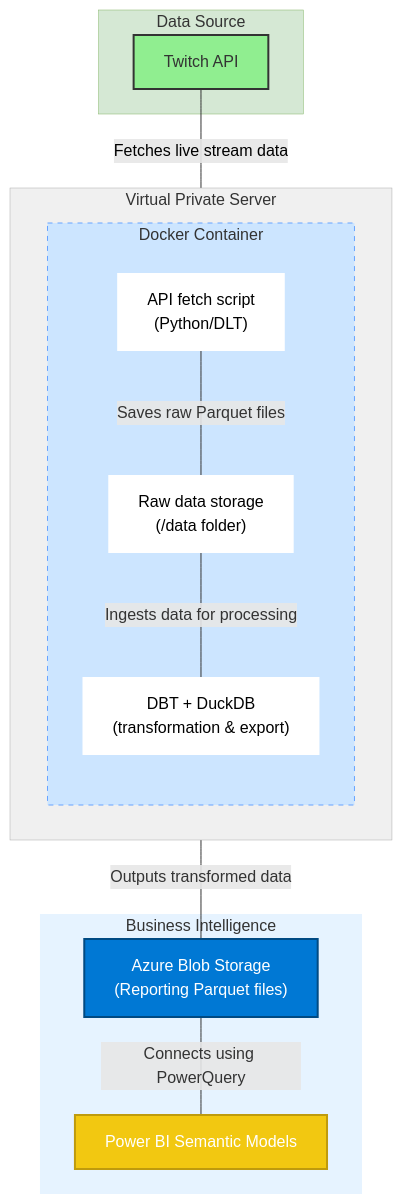
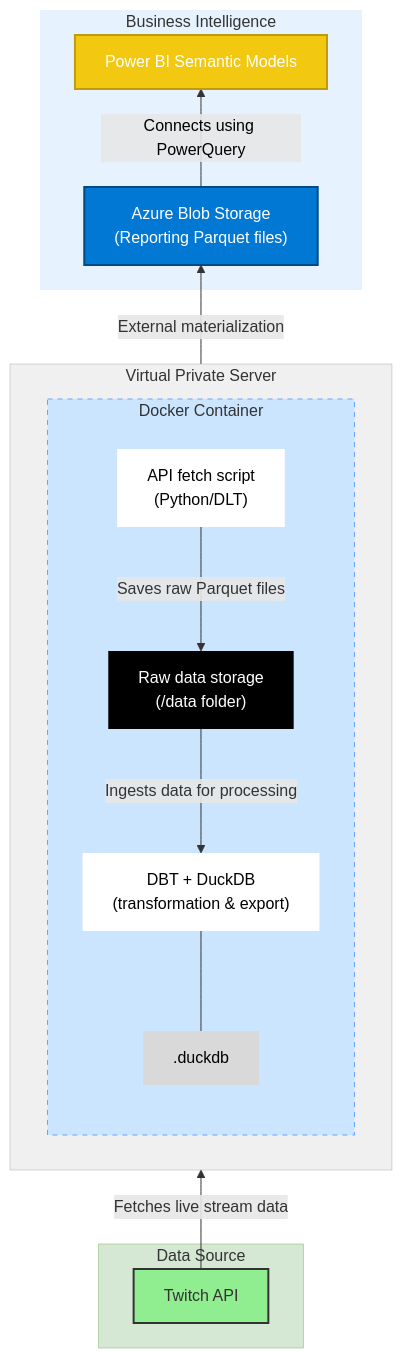
Before and after one commit to gabriellegall/twitch_bi: the second of 2 diagrams in README.md, drawn with Mermaid. The commit also changed other lines of this file, not shown here.

````diff
--- a/README.md
+++ b/README.md
@@ -65,43 +57,46 @@
 ```mermaid
-graph TD;
+graph BT;
     %% Subgraph Definitions
-    subgraph BI ["Business Intelligence"]
-        F[Power BI Semantic Models]
-        E["Azure Blob Storage<br>(Reporting Parquet files)"]
+    subgraph DS ["Data Source"]
+        A[Twitch API]
     end
 
     subgraph VPS [Virtual Private Server]
         direction LR
         subgraph DockerContainer [Docker Container]
+            n1
             direction TB
             D["DBT + DuckDB<br>(transformation & export)"]
             C["Raw data storage<br>(/data folder)"]
             B["API fetch script<br>(Python/DLT)"]
         end
     end
 
-    subgraph DS ["Data Source"]
-        A[Twitch API]
+    subgraph BI ["Business Intelligence"]
+        F[Power BI Semantic Models]
+        E["Azure Blob Storage<br>(Reporting Parquet files)"]
     end
 
-    %% Data Flow using non-directional links
-    E ---|"Connects using PowerQuery"| F
-    D -- Outputs transformed data --- E
-    C -- Ingests data for processing --- D
-    B -- Saves raw Parquet files --- C
-    A -- Fetches live stream data --- B
+    %% Data Flow
+    A -- "Fetches live stream data" --> B
+    B -- "Saves raw Parquet files" --> C
+    C -- "Ingests data for processing" --> D
+    D -- "External materialization" --> E
+    E -- "Connects using PowerQuery" --> F
 
     %% Styling for Nodes
     style A fill:#90ee90,stroke:#333,stroke-width:2px
     style E fill:#0078D4,stroke:#004A83,stroke-width:2px,color:#fff
     style F fill:#F2C811,stroke:#BF9B0D,stroke-width:2px,color:#fff
 
-	style VPS fill:#f0f0f0,stroke:#aaa,stroke-width:0.5px
-	style DS fill:#D5E8D4,stroke:#82B366,stroke-width:0.5px
-	linkStyle 4 color:#000000
-	style B fill:#FFFFFF,color:#000000,stroke:#FFFFFF,stroke-width:0px
-	style C color:#000000,stroke-width:0px,fill:#FFFFFF
-	style D color:#000000,fill:#FFFFFF,stroke-width:0px
-	style DockerContainer fill:#cce5ff,stroke:#66a3ff,stroke-width:1px,stroke-dasharray:5 5
-	style BI fill:#E6F3FF,stroke:#004A83,stroke-width:0px
+    style VPS fill:#f0f0f0,stroke:#aaa,stroke-width:0.5px
+    style DS fill:#D5E8D4,stroke:#82B366,stroke-width:0.5px
+    linkStyle 4 color:#000000
+    style B fill:#FFFFFF,color:#000000,stroke:#FFFFFF,stroke-width:0px
+    style D color:#000000,fill:#FFFFFF,stroke-width:0px
+    style DockerContainer fill:#cce5ff,stroke:#66a3ff,stroke-width:1px,stroke-dasharray:5 5
+    style BI fill:#E6F3FF,stroke:#004A83,stroke-width:0px
+    style C color:#FFFFFF,stroke-width:0px,fill:#000000
+    D --- n1[".duckdb"]
+    style n1 color:#000000,fill:#D9D9D9,stroke-width:0px
 ```
````
